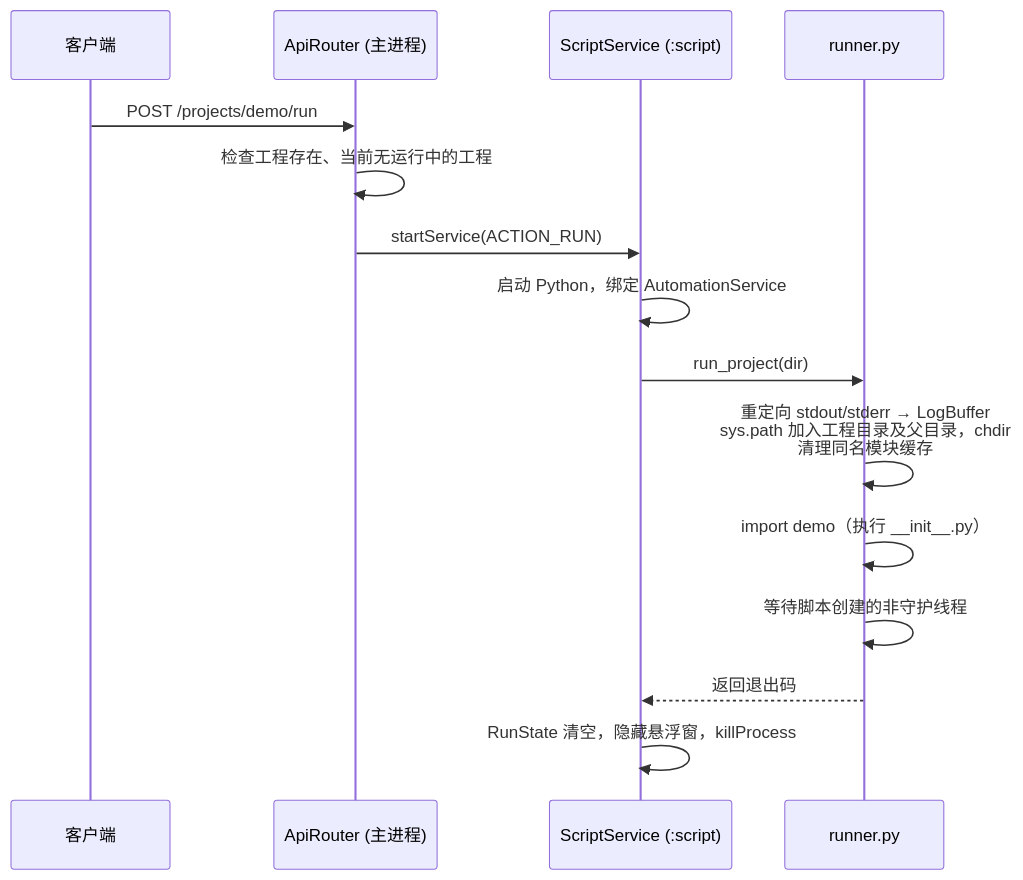
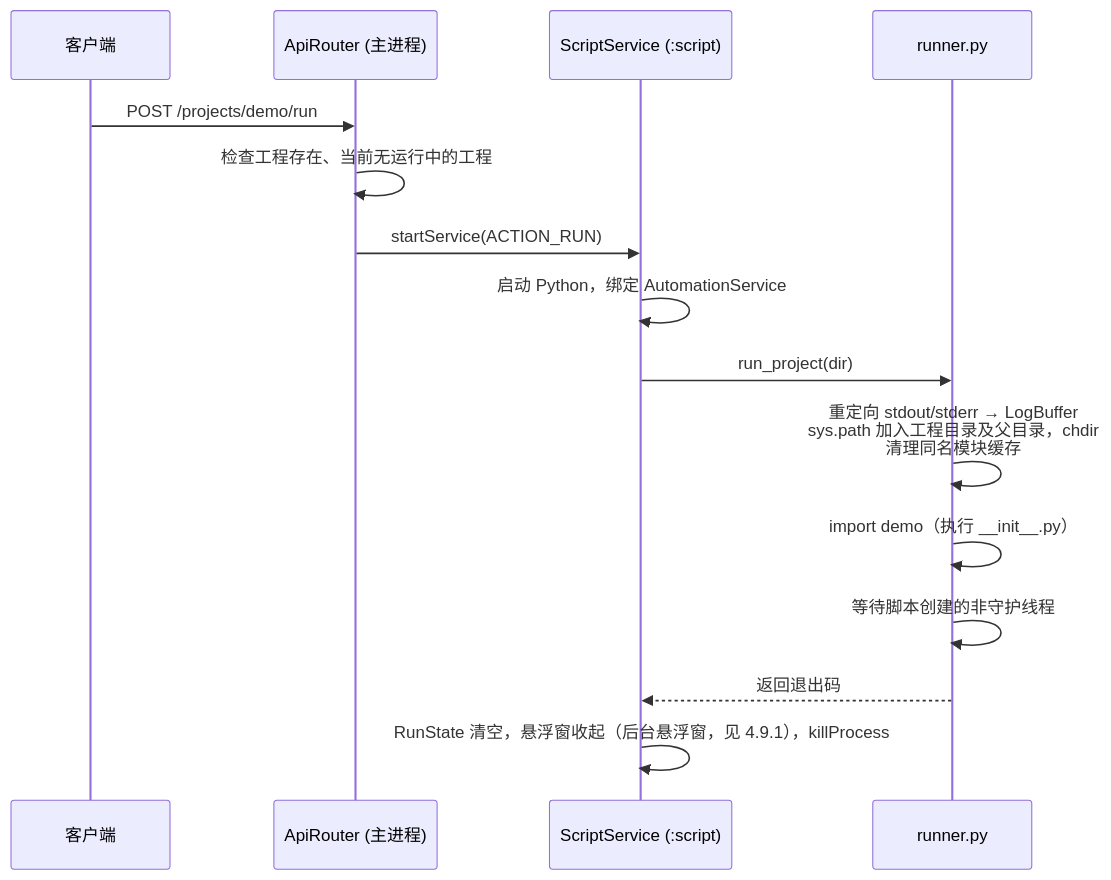
One commit to JackLuguibin/xscript changed the fourth of 4 diagrams in docs/ARCHITECTURE.md. Above: the diagram before and after it, drawn with Mermaid. The commit also changed other lines of this file and 8 other files, not shown here.

````diff
--- a/docs/ARCHITECTURE.md
+++ b/docs/ARCHITECTURE.md
@@ -341,18 +355,18 @@
 ```mermaid
 sequenceDiagram
     participant C as 客户端
     participant R as ApiRouter (主进程)
     participant S as ScriptService (:script)
     participant P as runner.py
 
     C->>R: POST /projects/demo/run
     R->>R: 检查工程存在、当前无运行中的工程
     R->>S: startService(ACTION_RUN)
     S->>S: 启动 Python，绑定 AutomationService
     S->>P: run_project(dir)
     P->>P: 重定向 stdout/stderr → LogBuffer<br/>sys.path 加入工程目录及父目录，chdir<br/>清理同名模块缓存
     P->>P: import demo（执行 __init__.py）
     P->>P: 等待脚本创建的非守护线程
     P-->>S: 返回退出码
-    S->>S: RunState 清空，隐藏悬浮窗，killProcess
+    S->>S: RunState 清空，悬浮窗收起（后台悬浮窗，见 4.9.1），killProcess
 ```
````
